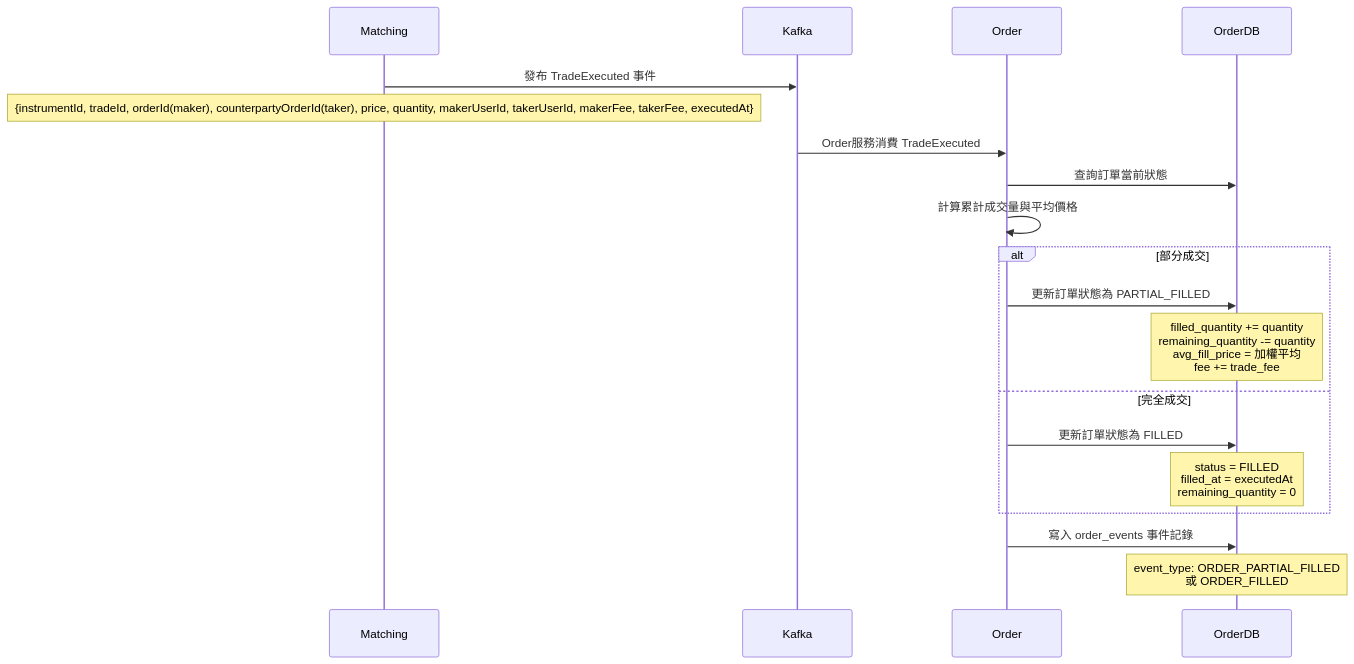
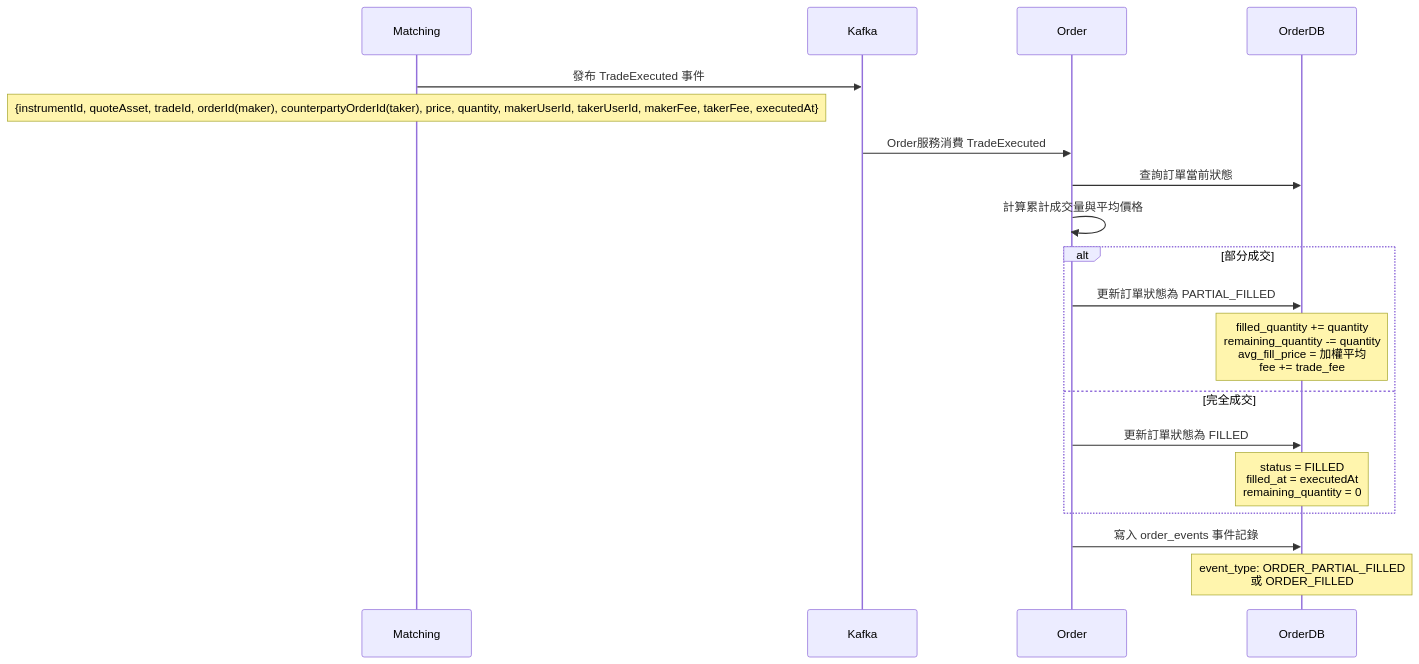
One commit to vincentf13/open.vincentf13 changed the fourth of 5 diagrams in design/exchange/整體設計.md. Above: the diagram before and after it, drawn with Mermaid. The commit also changed other lines of this file and 1 other file, not shown here.

````diff
--- a/design/exchange/整體設計.md
+++ b/design/exchange/整體設計.md
@@ -1273,25 +1273,25 @@
 ```mermaid
 sequenceDiagram
     participant Matching
     participant Kafka
     participant Order
     participant OrderDB
 
     Matching->>Kafka: 發布 TradeExecuted 事件
-    Note over Matching: {instrumentId, tradeId, orderId(maker), counterpartyOrderId(taker), price, quantity, makerUserId, takerUserId, makerFee, takerFee, executedAt}
+    Note over Matching: {instrumentId, quoteAsset, tradeId, orderId(maker), counterpartyOrderId(taker), price, quantity, makerUserId, takerUserId, makerFee, takerFee, executedAt}
 
     Kafka->>Order: Order服務消費 TradeExecuted
     Order->>OrderDB: 查詢訂單當前狀態
     Order->>Order: 計算累計成交量與平均價格
 
     alt 部分成交
         Order->>OrderDB: 更新訂單狀態為 PARTIAL_FILLED
         Note over OrderDB: filled_quantity += quantity<br/>remaining_quantity -= quantity<br/>avg_fill_price = 加權平均<br/>fee += trade_fee
     else 完全成交
         Order->>OrderDB: 更新訂單狀態為 FILLED
         Note over OrderDB: status = FILLED<br/>filled_at = executedAt<br/>remaining_quantity = 0
     end
 
     Order->>OrderDB: 寫入 order_events 事件記錄
     Note over OrderDB: event_type: ORDER_PARTIAL_FILLED<br/>或 ORDER_FILLED
 ```
````
